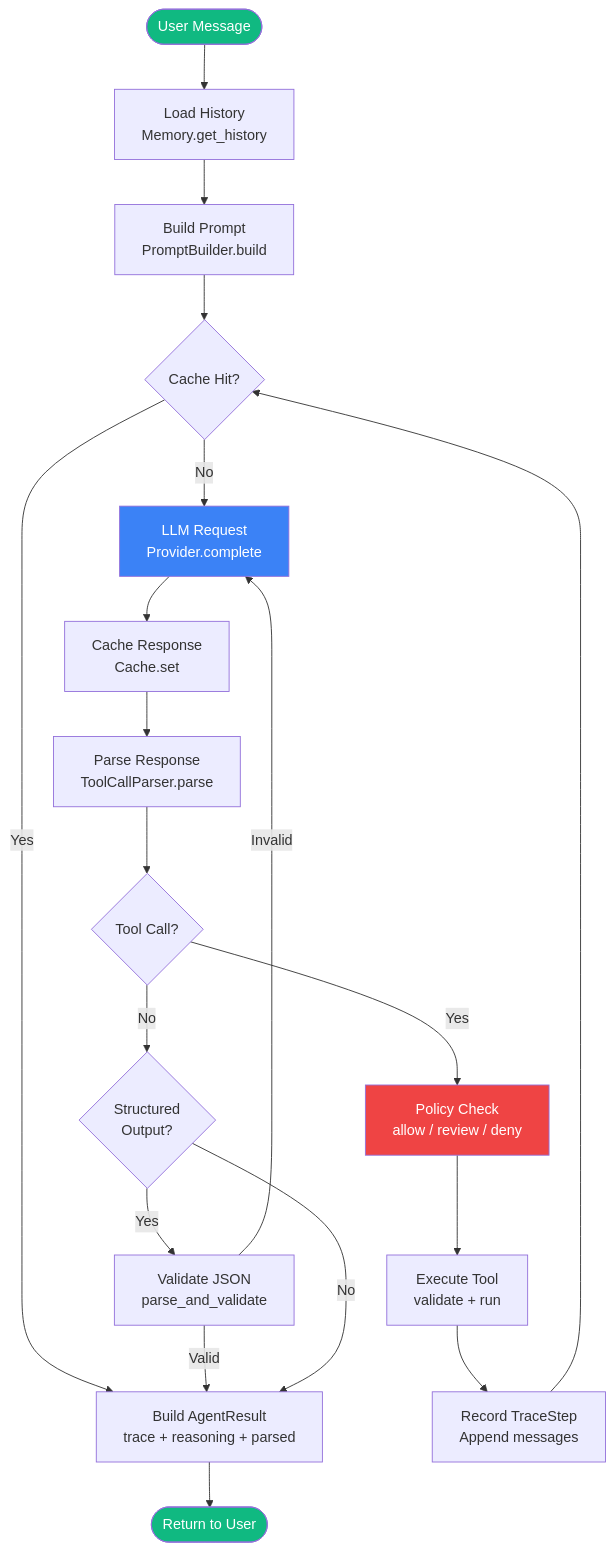
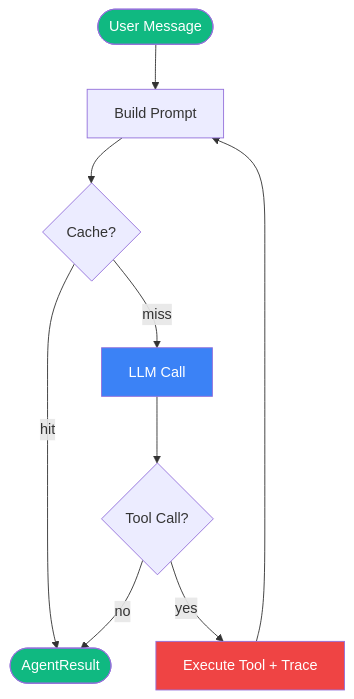
The third of 9 diagrams in docs/ARCHITECTURE.md (johnnichev/selectools), drawn with Mermaid before and after one commit. The commit also changed other lines of this file, not shown here.

Commit message:
fix(docs): simplify all Mermaid diagrams to max 9 nodes each

````diff
--- a/docs/ARCHITECTURE.md
+++ b/docs/ARCHITECTURE.md
@@ -407,26 +326,16 @@
 ```mermaid
 flowchart TD
-    A([User Message]) --> B[Load History<br/>Memory.get_history]
-    B --> C[Build Prompt<br/>PromptBuilder.build]
-    C --> D{Cache Hit?}
-    D -->|Yes| K
-    D -->|No| E[LLM Request<br/>Provider.complete]
-    E --> F[Cache Response<br/>Cache.set]
-    F --> G[Parse Response<br/>ToolCallParser.parse]
-    G --> H{Tool Call?}
-    H -->|No| J{Structured<br/>Output?}
-    H -->|Yes| I[Policy Check<br/>allow / review / deny]
-    I --> I2[Execute Tool<br/>validate + run]
-    I2 --> I3[Record TraceStep<br/>Append messages]
-    I3 --> D
-    J -->|Yes| J2[Validate JSON<br/>parse_and_validate]
-    J2 -->|Invalid| E
-    J2 -->|Valid| K
-    J -->|No| K[Build AgentResult<br/>trace + reasoning + parsed]
-    K --> L([Return to User])
+    A([User Message]) --> B[Build Prompt]
+    B --> C{Cache?}
+    C -->|hit| G
+    C -->|miss| D[LLM Call]
+    D --> E{Tool Call?}
+    E -->|yes| F[Execute Tool + Trace]
+    F --> B
+    E -->|no| G([AgentResult])
 
     style A fill:#10b981,color:#fff
-    style E fill:#3b82f6,color:#fff
-    style I fill:#ef4444,color:#fff
-    style L fill:#10b981,color:#fff
+    style D fill:#3b82f6,color:#fff
+    style F fill:#ef4444,color:#fff
+    style G fill:#10b981,color:#fff
 ```
````
